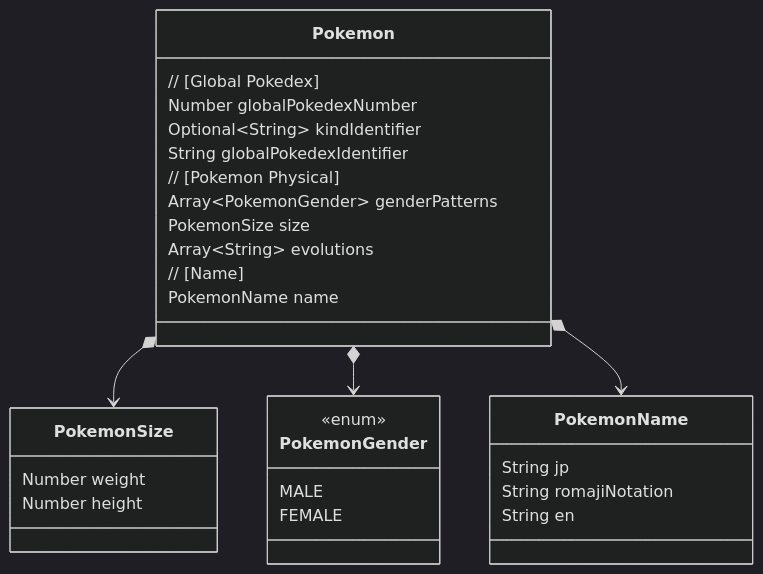
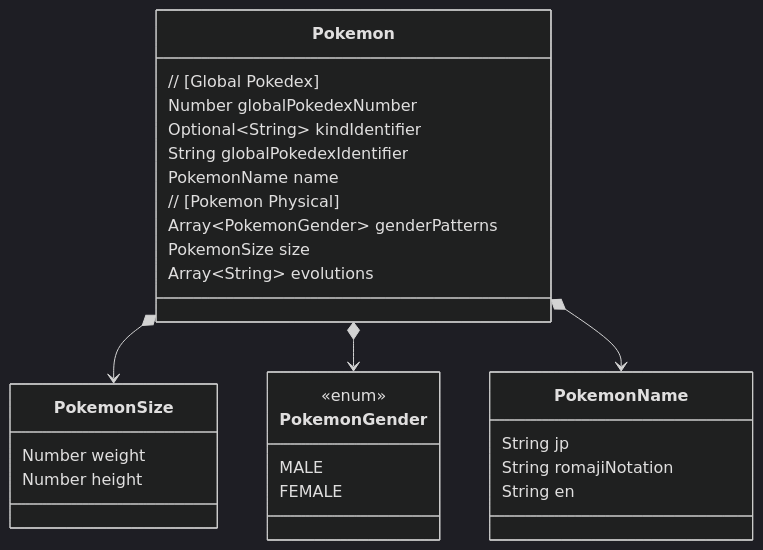
One commit to O6lvl4/pokemon-doc changed the diagram in pokemon-class.md. Above: the diagram before and after it, drawn with Mermaid (dark theme).

Commit message:
Update diagram comment

````diff
--- a/pokemon-class.md
+++ b/pokemon-class.md
@@ -1,38 +1,36 @@
 ```mermaid
 classDiagram
 
     class Pokemon {
         // [Global Pokedex]
         Number globalPokedexNumber
         Optional~String~ kindIdentifier
         String globalPokedexIdentifier
+        PokemonName name
 
         // [Pokemon Physical]
         Array~PokemonGender~ genderPatterns
         PokemonSize size
         Array~String~ evolutions
-
-        // [Name]
-        PokemonName name
     }
     Pokemon *--> PokemonSize
     Pokemon *--> PokemonGender
     Pokemon *--> PokemonName
 
     class PokemonSize {
         Number weight
         Number height
     }
 
     class PokemonGender {
         <<enum>>
         MALE
         FEMALE
     }
 
     class PokemonName {
         String jp
         String romajiNotation
         String en
     }
 ```
````
